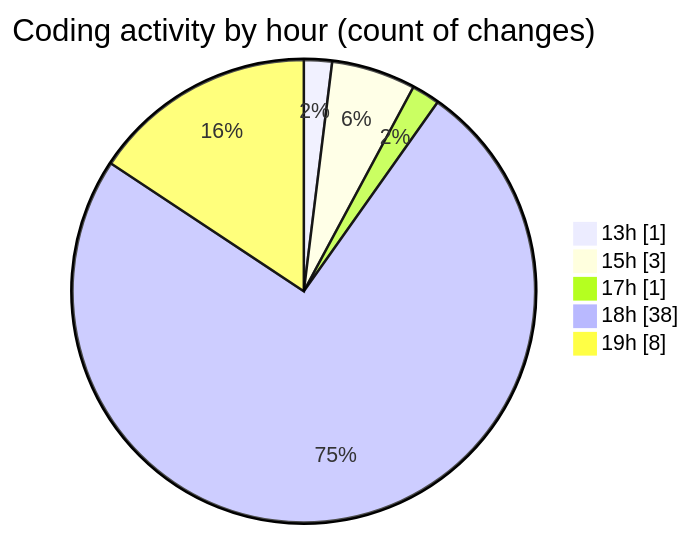
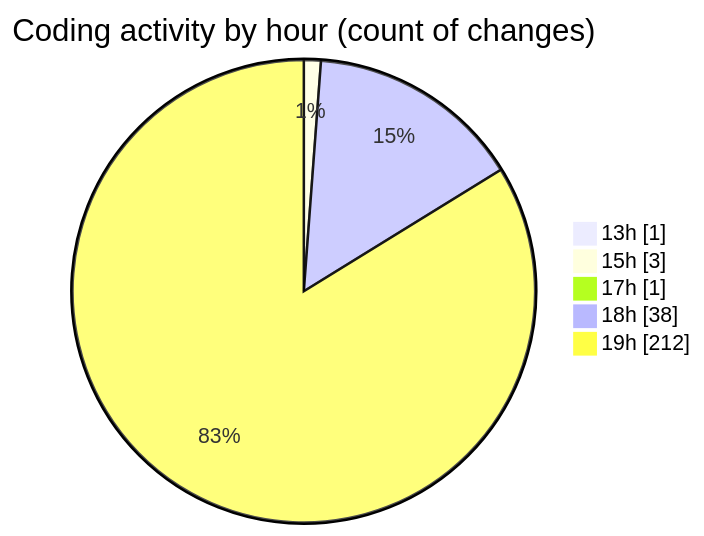
The second of 2 diagrams in 2025-04-09/nxtqube_webapp/README.md (nxtqubesakshisongat/code-tracking), drawn with Mermaid before and after one commit. The commit also changed other lines of this file and 1 other file, not shown here.

````diff
--- a/2025-04-09/nxtqube_webapp/README.md
+++ b/2025-04-09/nxtqube_webapp/README.md
@@ -34,9 +36,9 @@
 ```mermaid
 pie showData
 title Coding activity by hour (count of changes)
 "13h" : 1
 "15h" : 3
 "17h" : 1
 "18h" : 38
-"19h" : 8
+"19h" : 212
 ```
````
